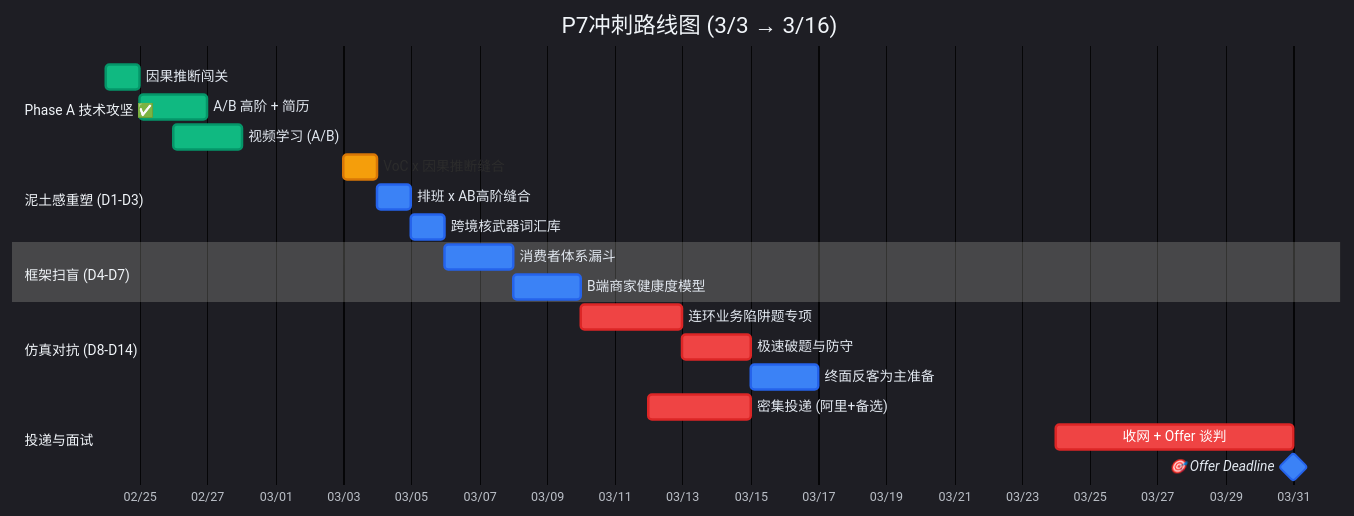
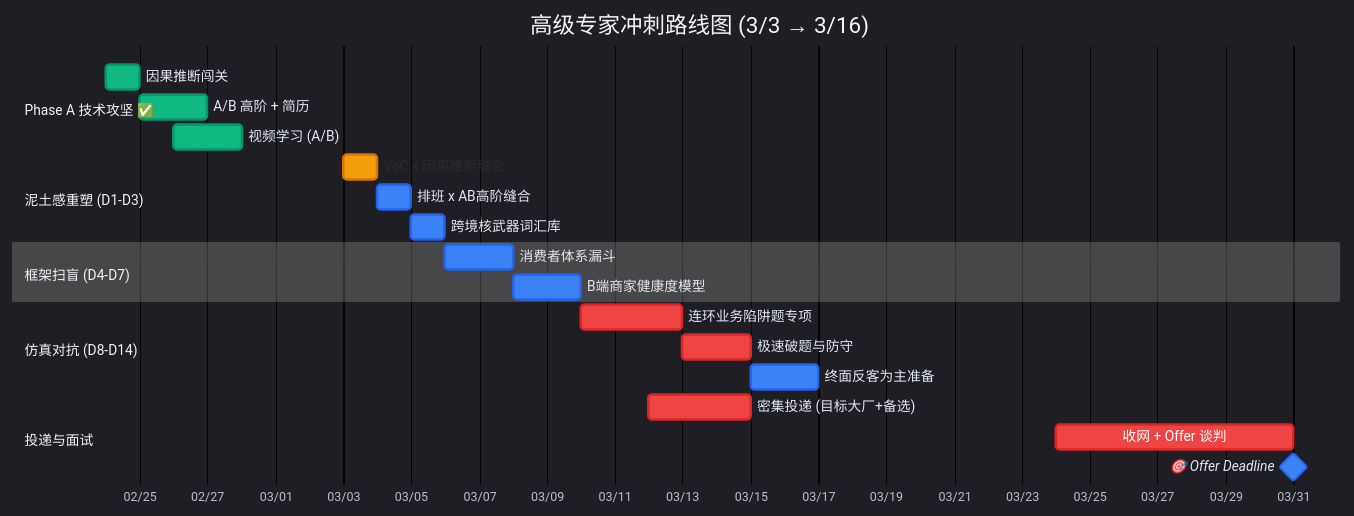
One commit to XinyuWang98/level-up changed the first of 2 diagrams in 02_速查手册/docs/dashboard.md. Above: the diagram before and after it, drawn with Mermaid. The commit also changed other lines of this file and 42 other files, not shown here.

````diff
--- a/02_速查手册/docs/dashboard.md
+++ b/02_速查手册/docs/dashboard.md
@@ -11,32 +11,32 @@
 ```mermaid
 %%{init: {'theme': 'dark', 'themeVariables': {'primaryColor': '#3b82f6', 'primaryTextColor': '#fff', 'primaryBorderColor': '#2563eb', 'secondaryColor': '#f59e0b', 'secondaryTextColor': '#fff', 'secondaryBorderColor': '#d97706', 'tertiaryColor': '#10b981', 'lineColor': '#64748b', 'textColor': '#e2e8f0', 'titleColor': '#f1f5f9', 'sectionBkgColor': 'transparent', 'altSectionBkgColor': 'transparent', 'gridColor': '#475569', 'doneTaskBkgColor': '#10b981', 'doneTaskBorderColor': '#059669', 'activeTaskBkgColor': '#f59e0b', 'activeTaskBorderColor': '#d97706', 'taskBkgColor': '#3b82f6', 'taskBorderColor': '#2563eb', 'taskTextColor': '#ffffff', 'taskTextOutsideColor': '#e2e8f0', 'critBkgColor': '#ef4444', 'critBorderColor': '#dc2626', 'todayLineColor': '#f43f5e'}}}%%
 gantt
-    title P7冲刺路线图 (3/3 → 3/16)
+    title 高级专家冲刺路线图 (3/3 → 3/16)
     dateFormat YYYY-MM-DD
     axisFormat %m/%d
     todayMarker stroke-width:3px,stroke:#f43f5e
 
     section Phase A 技术攻坚 ✅
     因果推断闯关        :done, a1, 2026-02-24, 1d
     A/B 高阶 + 简历     :done, a2, 2026-02-25, 2d
     视频学习 (A/B)      :done, a3, 2026-02-26, 2d
 
     section 泥土感重塑 (D1-D3)
     VoC x 因果推断缝合  :active, m1a, 2026-03-03, 1d
     排班 x AB高阶缝合   :m1b, 2026-03-04, 1d
     跨境核武器词汇库    :m1c, 2026-03-05, 1d
 
     section 框架扫盲 (D4-D7)
     消费者体系漏斗      :m2a, 2026-03-06, 2d
     B端商家健康度模型   :m2b, 2026-03-08, 2d
 
     section 仿真对抗 (D8-D14)
     连环业务陷阱题专项  :crit, m3a, 2026-03-10, 3d
     极速破题与防守      :crit, m3b, 2026-03-13, 2d
     终面反客为主准备    :m3c, 2026-03-15, 2d
 
     section 投递与面试
-    密集投递 (阿里+备选) :crit, d1, 2026-03-12, 3d
+    密集投递 (目标大厂+备选) :crit, d1, 2026-03-12, 3d
     收网 + Offer 谈判    :crit, d4, 2026-03-24, 7d
     🎯 Offer Deadline   :milestone, d5, 2026-03-31, 0d
 ```
````
